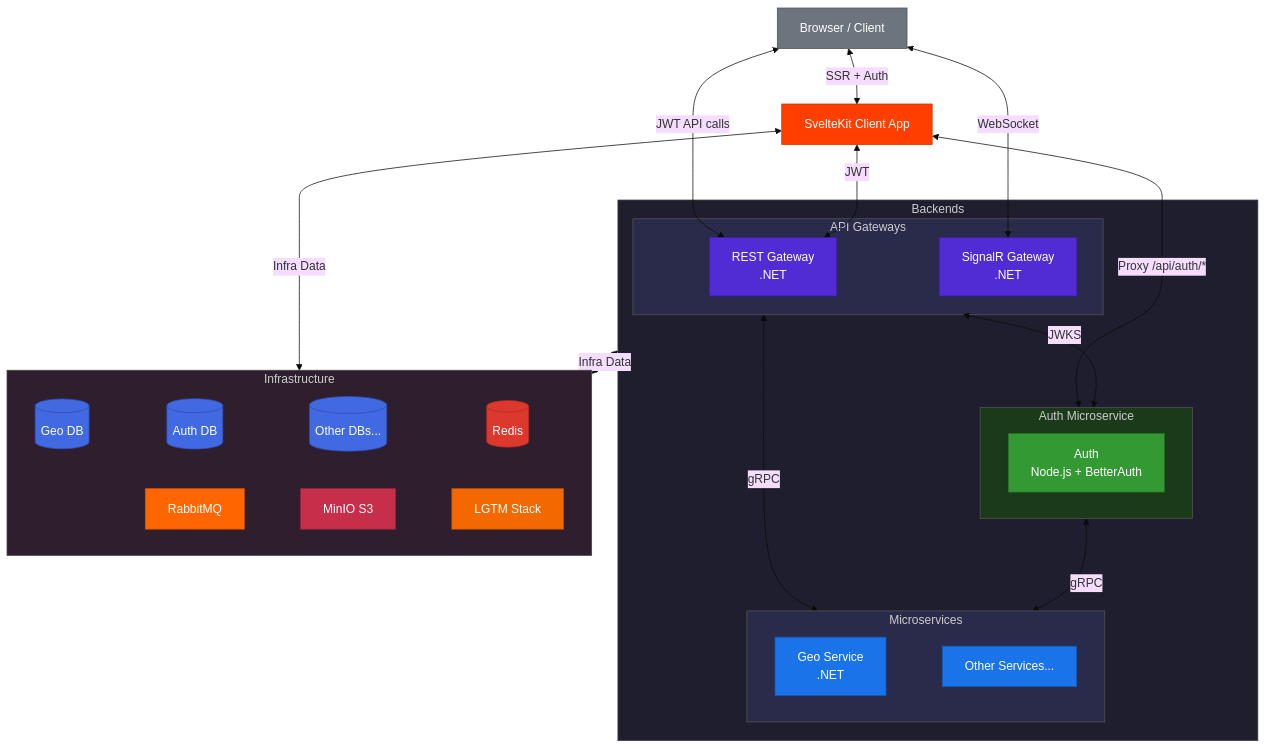
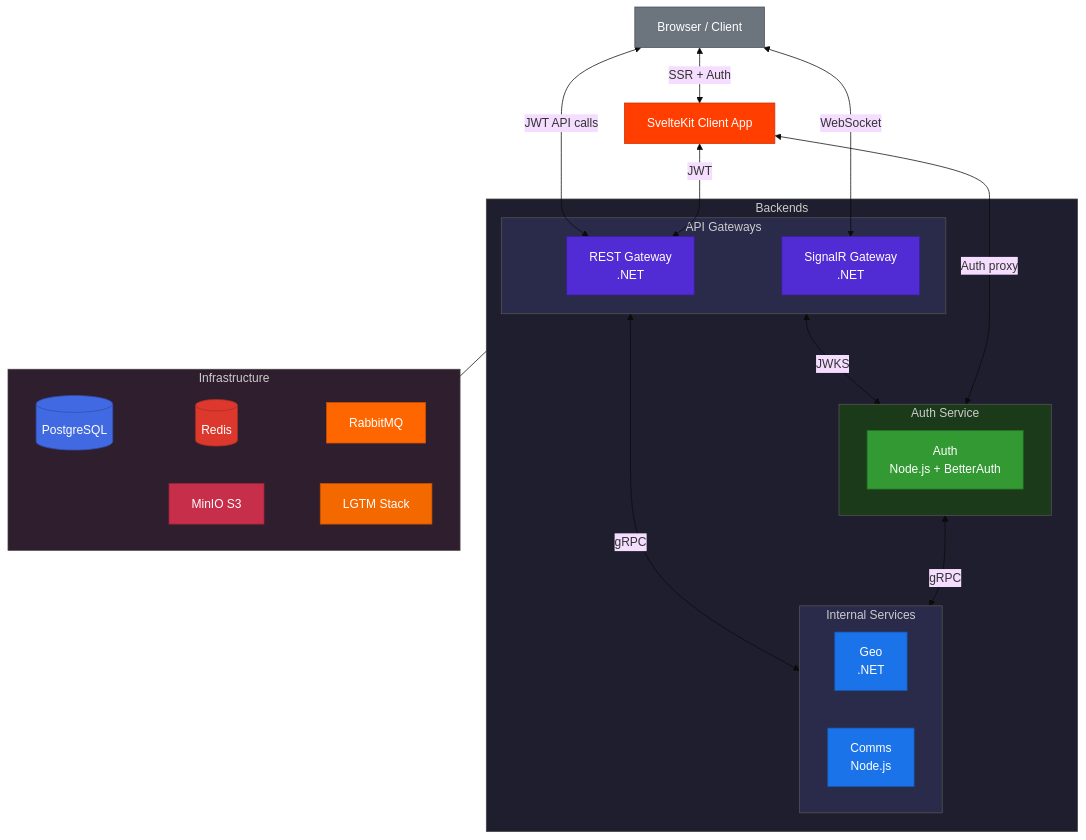
The diagram in README.md (DCSV-io/D2-WORX), drawn with Mermaid (base theme) before and after one commit. The commit also changed other lines of this file and 2 other files, not shown here.

Commit message:
docs: clean up PLANNING.md, update README, add auth flow overview
- PLANNING.md: condense completed items to summary, remove resolved
  questions/meeting notes, update roadmap order, trim outstanding items
- README.md: update test counts (auth 874, comms 566, shared 857),
  add batch-pg/errors-pg to package list and repository table,
  mark Comms as in-progress, add Comms to architecture diagram,
  remove dead sweep-reports references
- AUTH.md: add plain-language auth flow overview (JWT/JWKS/sessions)

````diff
--- a/README.md
+++ b/README.md
@@ -120,74 +121,71 @@
 ```mermaid
 graph TB
     BROWSER[Browser / Client]
 
     SK[SvelteKit Client App]
 
     subgraph Backends
         subgraph Gateways["API Gateways"]
             REST[REST Gateway<br/>.NET]
             SR[SignalR Gateway<br/>.NET]
         end
 
-        subgraph AuthSvc["Auth Microservice"]
+        subgraph AuthSvc["Auth Service"]
             AUTH[Auth<br/>Node.js + BetterAuth]
         end
 
-        subgraph Services["Microservices"]
-            GEO[Geo Service<br/>.NET] ~~~ OTHER[Other Services...]
+        subgraph Services["Internal Services"]
+            GEO[Geo<br/>.NET]
+            COMMS[Comms<br/>Node.js]
         end
+
+        Gateways <-->|gRPC| Services
+        Gateways <-->|JWKS| AuthSvc
+        AuthSvc <-->|gRPC| Services
     end
 
     subgraph Infra["Infrastructure"]
-        GEODB[(Geo DB)] ~~~ AUTHDB[(Auth DB)] ~~~ OTHERDB[(Other DBs...)] ~~~ REDIS[(Redis)]
-        RMQ[RabbitMQ] ~~~ MINIO[MinIO S3] ~~~ LGTM[LGTM Stack]
+        PG[(PostgreSQL)] ~~~ REDIS[(Redis)] ~~~ RMQ[RabbitMQ]
+        MINIO[MinIO S3] ~~~ LGTM[LGTM Stack]
     end
 
-    %% Browser paths
+    %% External connections
     BROWSER <-->|SSR + Auth| SK
     BROWSER <-->|JWT API calls| REST
     BROWSER <-->|WebSocket| SR
+    SK <-->|JWT| REST
+    SK <-->|Auth proxy| AuthSvc
 
-    %% SvelteKit to backends
-    SK <-->|JWT| REST
-    SK <-->|Proxy /api/auth/*| AuthSvc
-
-    %% Internal backend routing
-    Gateways <-->|gRPC| Services
-    Gateways <-->|JWKS| AuthSvc
-    AuthSvc <-->|gRPC| Services
-
-    %% Infrastructure data
-    SK <-->|Infra Data| Infra
-    Backends <-->|Infra Data| Infra
+    %% Infra connection
+    Backends --- Infra
 
     %% Node colors
     classDef browser fill:#6c757d,stroke:#495057,color:#fff
     classDef svelte fill:#FF3E00,stroke:#c73100,color:#fff
     classDef gateway fill:#512BD4,stroke:#3d1f9e,color:#fff
-    classDef nodejs fill:#339933,stroke:#267326,color:#fff
+    classDef auth fill:#339933,stroke:#267326,color:#fff
     classDef service fill:#1a73e8,stroke:#1557b0,color:#fff
-    classDef postgres fill:#4169E1,stroke:#2f4fb3,color:#fff
+    classDef infra fill:#4169E1,stroke:#2f4fb3,color:#fff
     classDef redis fill:#DC382D,stroke:#b02d24,color:#fff
     classDef rabbitmq fill:#FF6600,stroke:#cc5200,color:#fff
     classDef minio fill:#C72E49,stroke:#9e243a,color:#fff
     classDef grafana fill:#F46800,stroke:#c35300,color:#fff
 
     class BROWSER browser
     class SK svelte
     class REST,SR gateway
-    class AUTH nodejs
-    class GEO,OTHER service
-    class GEODB,AUTHDB,OTHERDB postgres
+    class AUTH auth
+    class GEO,COMMS service
+    class PG infra
     class REDIS redis
     class RMQ rabbitmq
     class MINIO minio
     class LGTM grafana
 
     %% Subgraph colors
     style Backends fill:#1e1e2e,stroke:#444,color:#ccc
     style Gateways fill:#2a2a4a,stroke:#555,color:#ccc
     style AuthSvc fill:#1a3a1a,stroke:#555,color:#ccc
     style Services fill:#2a2a4a,stroke:#555,color:#ccc
     style Infra fill:#2e1e2e,stroke:#444,color:#ccc
 ```
````
